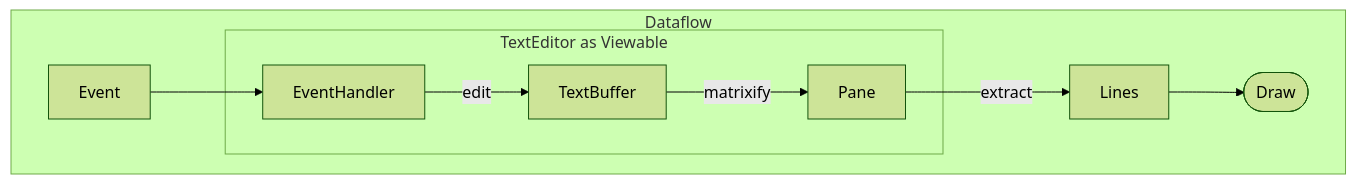
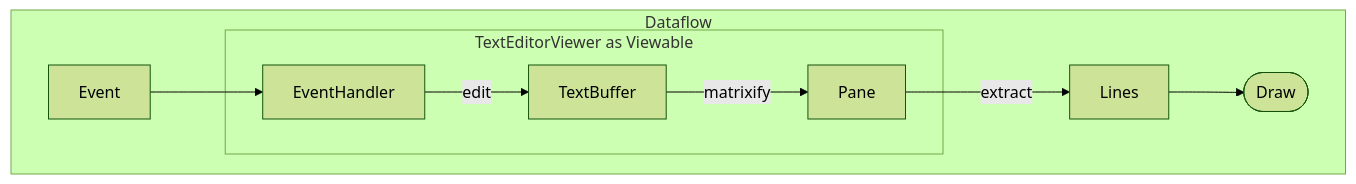
One commit to ynqa/promkit changed the diagram in README.md. Above: the diagram before and after it, drawn with Mermaid (forest theme). The commit also changed other lines of this file and 16 other files, not shown here.

````diff
--- a/README.md
+++ b/README.md
@@ -127,12 +127,12 @@
 ```mermaid
 graph
   subgraph Dataflow
     Event --> EventHandler
-    subgraph TextEditor as Viewable
+    subgraph TextEditorViewer as Viewable
       EventHandler --> |edit| TextBuffer
       TextBuffer --> |matrixify| Pane
     end
       Pane -->|extract| Lines
     Lines --> F([Draw])
   end
 ```
````
